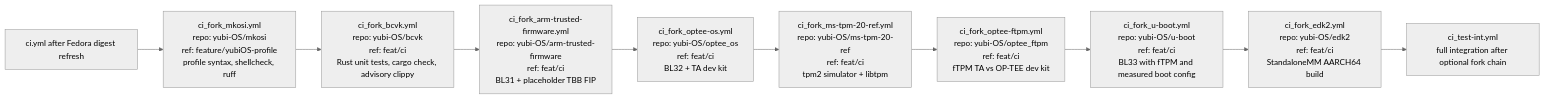
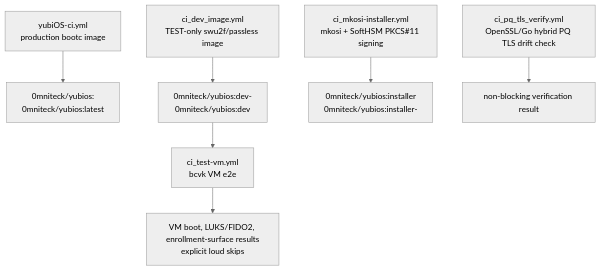
One commit to corning-croak-cable/yubiOS changed the third of 7 diagrams in CI_MAP.md. Above: the diagram before and after it, drawn with Mermaid (neutral theme). The commit also changed other lines of this file, not shown here.

Commit message:
docs: refresh CI map for RK firmware workflow

````diff
--- a/CI_MAP.md
+++ b/CI_MAP.md
@@ -177,15 +101,18 @@
 ```mermaid
-flowchart LR
-    start["ci.yml after Fedora digest refresh"]
-    mkosi["ci_fork_mkosi.yml\nrepo: yubi-OS/mkosi\nref: feature/yubiOS-profile\nprofile syntax, shellcheck, ruff"]
-    bcvk["ci_fork_bcvk.yml\nrepo: yubi-OS/bcvk\nref: feat/ci\nRust unit tests, cargo check, advisory clippy"]
-    tfa["ci_fork_arm-trusted-firmware.yml\nrepo: yubi-OS/arm-trusted-firmware\nref: feat/ci\nBL31 + placeholder TBB FIP"]
-    optee["ci_fork_optee-os.yml\nrepo: yubi-OS/optee_os\nref: feat/ci\nBL32 + TA dev kit"]
-    ms["ci_fork_ms-tpm-20-ref.yml\nrepo: yubi-OS/ms-tpm-20-ref\nref: feat/ci\ntpm2 simulator + libtpm"]
-    ftpm["ci_fork_optee-ftpm.yml\nrepo: yubi-OS/optee_ftpm\nref: feat/ci\nfTPM TA vs OP-TEE dev kit"]
-    uboot["ci_fork_u-boot.yml\nrepo: yubi-OS/u-boot\nref: feat/ci\nBL33 with fTPM and measured boot config"]
-    edk2["ci_fork_edk2.yml\nrepo: yubi-OS/edk2\nref: feat/ci\nStandaloneMM AARCH64 build"]
-    integ["ci_test-int.yml\nfull integration after optional fork chain"]
+flowchart TD
+    prod["yubiOS-ci.yml\nproduction bootc image"]
+    prod_out["0mniteck/yubios:<sha>\n0mniteck/yubios:latest"]
+    dev["ci_dev_image.yml\nTEST-only swu2f/passless image"]
+    dev_out["0mniteck/yubios:dev-<sha>\n0mniteck/yubios:dev"]
+    vm["ci_test-vm.yml\nbcvk VM e2e"]
+    vm_out["VM boot, LUKS/FIDO2, enrollment-surface results\nexplicit loud skips"]
+    installer["ci_mkosi-installer.yml\nmkosi + SoftHSM PKCS#11 signing"]
+    installer_out["0mniteck/yubios:installer\n0mniteck/yubios:installer-<sha>"]
+    pq["ci_pq_tls_verify.yml\nOpenSSL/Go hybrid PQ TLS drift check"]
+    pq_out["non-blocking verification result"]
 
-    start --> mkosi --> bcvk --> tfa --> optee --> ms --> ftpm --> uboot --> edk2 --> integ
+    prod --> prod_out
+    dev --> dev_out --> vm --> vm_out
+    installer --> installer_out
+    pq --> pq_out
 ```
````
